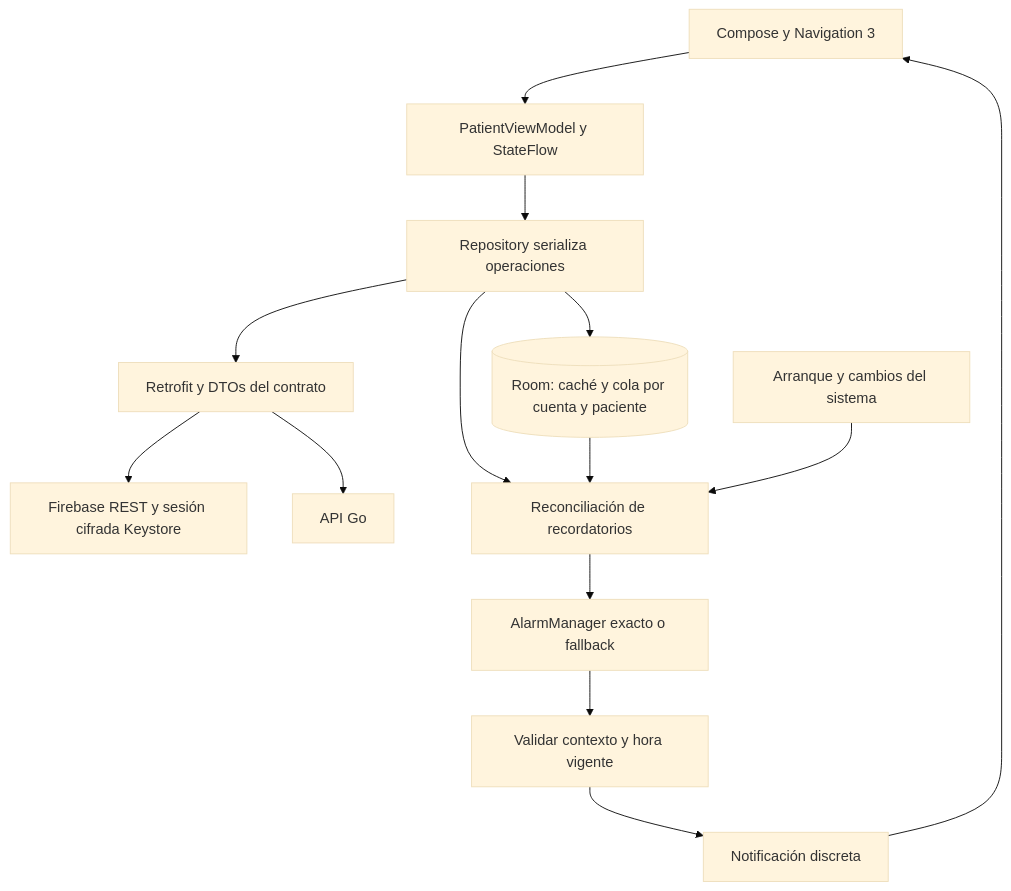
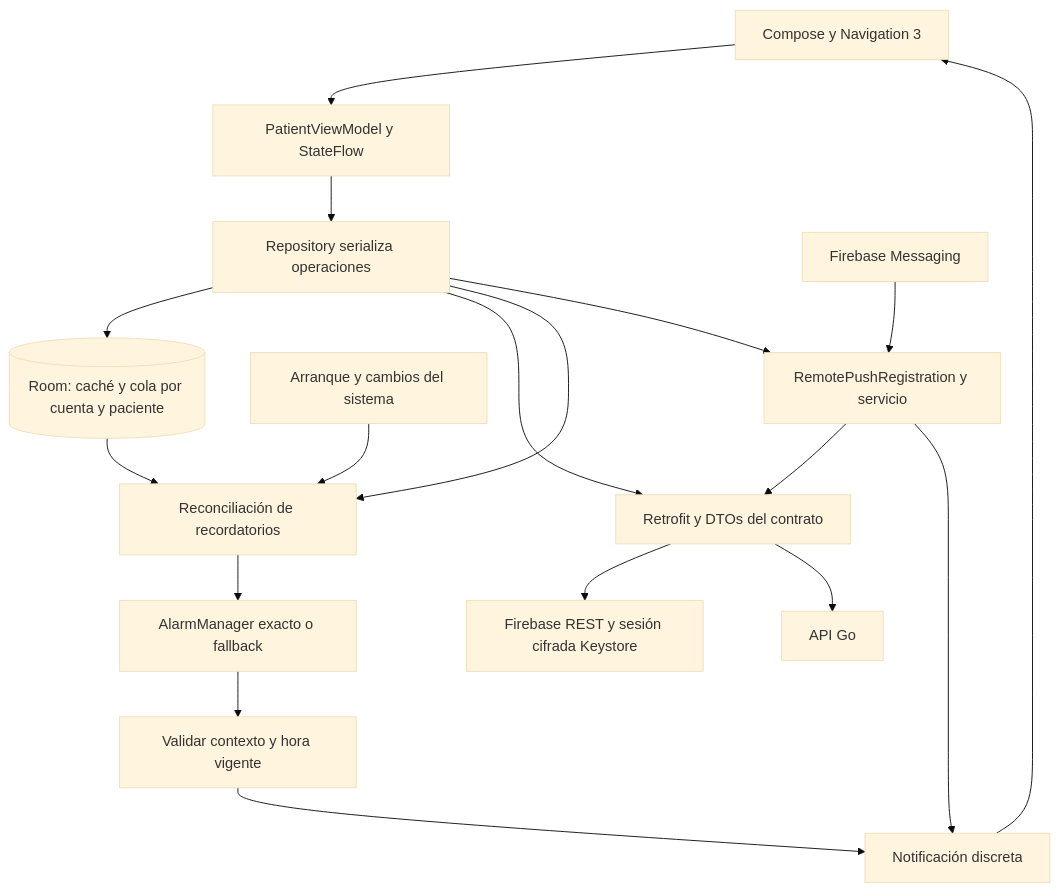
Before and after one commit to Nandem1/nndsk-medication-tracker: the diagram in apps/android/docs/00-home.md, drawn with Mermaid (base theme). The commit also changed other lines of this file and 61 other files, not shown here.

````diff
--- a/apps/android/docs/00-home.md
+++ b/apps/android/docs/00-home.md
@@ -5,16 +5,20 @@
 ```mermaid
 flowchart TB
     UI[Compose y Navigation 3] --> VM[PatientViewModel y StateFlow]
     VM --> Repo[Repository serializa operaciones]
     Repo --> Room[(Room: caché y cola por cuenta y paciente)]
     Repo --> API[Retrofit y DTOs del contrato]
     API --> Identity[Firebase REST y sesión cifrada Keystore]
     API --> Backend[API Go]
     Repo --> Reminders[Reconciliación de recordatorios]
     Room --> Reminders
     Boot[Arranque y cambios del sistema] --> Reminders
     Reminders --> Alarm[AlarmManager exacto o fallback]
     Alarm --> Receiver[Validar contexto y hora vigente]
     Receiver --> Notification[Notificación discreta]
     Notification --> UI
+    FCM[Firebase Messaging] --> Push[RemotePushRegistration y servicio]
+    Repo --> Push
+    Push --> API
+    Push --> Notification
 ```
````
